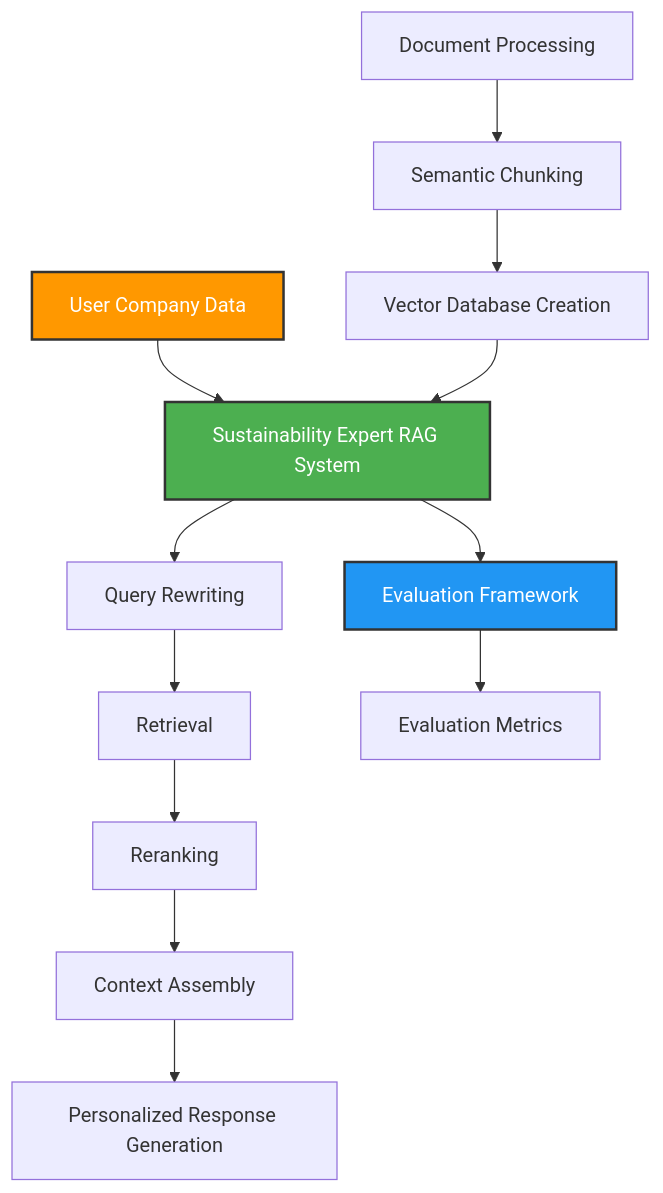
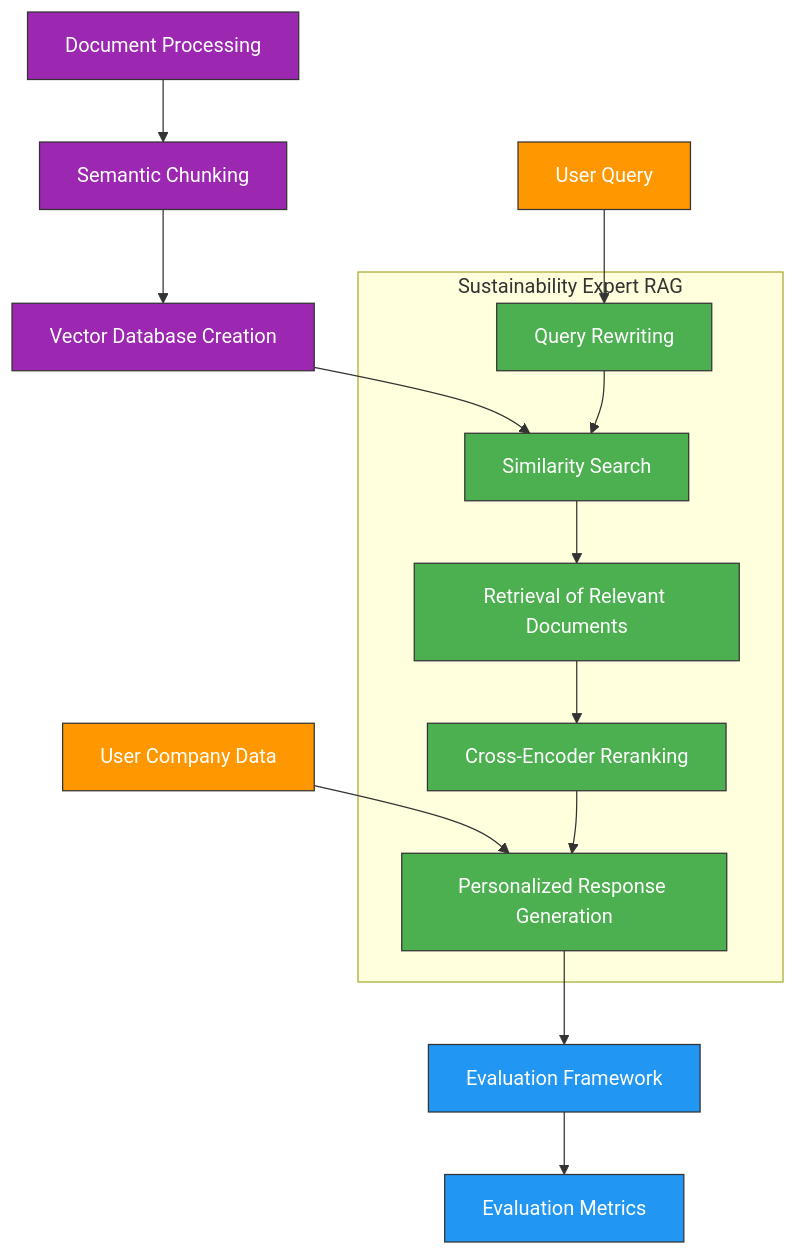
The diagram in README.md (LouisGolding/Raylow), drawn with Mermaid before and after one commit.

````diff
--- a/README.md
+++ b/README.md
@@ -42,18 +42,41 @@
 ```mermaid
 graph TD
+    %% Document processing pipeline
     A[Document Processing] --> B[Semantic Chunking]
     B --> C[Vector Database Creation]
-    U[User Company Data] --> D[Sustainability Expert RAG System]
-    C --> D
-    D --> E1[Query Rewriting]
-    E1 --> E2[Retrieval]
-    E2 --> E3[Reranking]
-    E3 --> E4[Context Assembly]
-    E4 --> E5[Personalized Response Generation]
-    D --> F[Evaluation Framework]
+    
+    %% User query and document interaction
+    U1[User Query] --> D1[Query Rewriting]
+    C --> D2[Similarity Search]
+    D1 --> D2
+    D2 --> D3[Retrieval of Relevant Documents]
+    D3 --> D4[Cross-Encoder Reranking]
+    
+    %% User company context integration
+    U2[User Company Data] --> D5[Personalized Response Generation]
+    D4 --> D5
+
+    %% Evaluation steps
+    D5 --> F[Evaluation Framework]
     F --> G[Evaluation Metrics]
     
-    style D fill:#4CAF50,stroke:#333,stroke-width:2px,color:white
-    style F fill:#2196F3,stroke:#333,stroke-width:2px,color:white
-    style U fill:#FF9800,stroke:#333,stroke-width:2px,color:white
+    %% RAG subgraph
+    subgraph "Sustainability Expert RAG"
+        D1[Query Rewriting]
+        D2[Similarity Search]
+        D3[Retrieval of Relevant Documents]
+        D4[Cross-Encoder Reranking]
+        D5[Personalized Response Generation]
+    end
+
+    %% Styling classes
+    classDef purple fill:#9C27B0,color:white,stroke:#333,stroke-width:1px
+    classDef green fill:#4CAF50,color:white,stroke:#333,stroke-width:1px
+    classDef orange fill:#FF9800,color:white,stroke:#333,stroke-width:1px
+    classDef blue fill:#2196F3,color:white,stroke:#333,stroke-width:1px
+    
+    class A,B,C purple
+    class D1,D2,D3,D4,D5 green
+    class U1,U2 orange
+    class F,G blue
 ```
````
